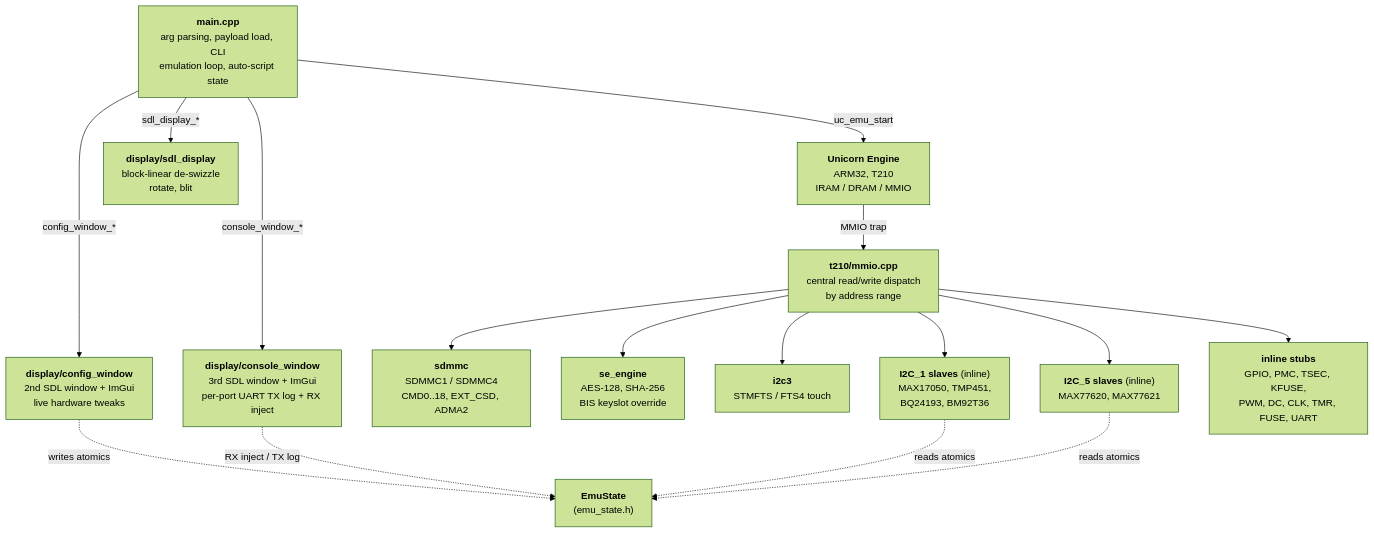
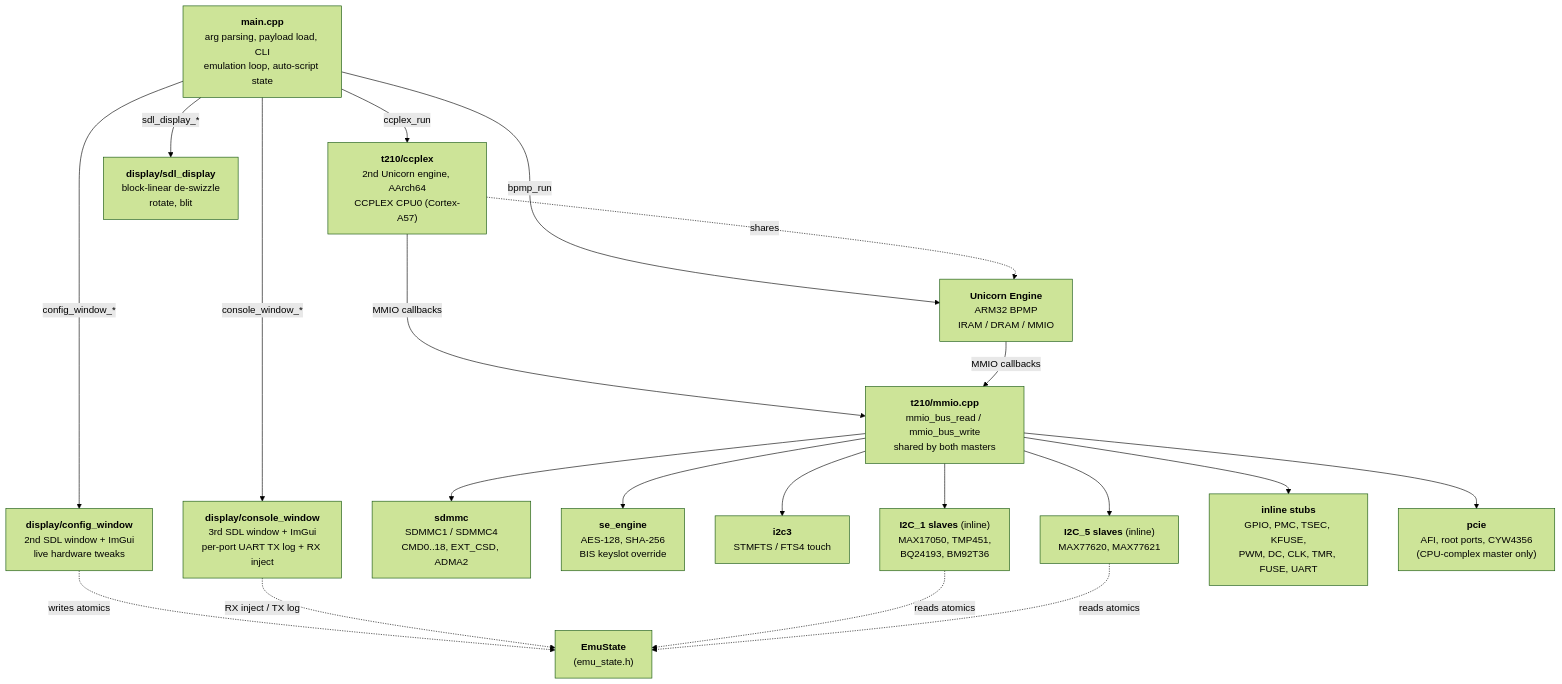
One commit to Creased/RCM-Emulator changed the diagram in DESIGN.md. Above: the diagram before and after it, drawn with Mermaid (forest theme). The commit also changed other lines of this file and 9 other files, not shown here.

First line of the commit message:
Test the CCPLEX model and the hwtest sweep in CI, and document both

````diff
--- a/DESIGN.md
+++ b/DESIGN.md
@@ -9,23 +9,27 @@
 ```mermaid
 flowchart TB
     main["<b>main.cpp</b><br/>arg parsing, payload load, CLI<br/>emulation loop, auto-script state"]
 
-    main -->|uc_emu_start| uc["<b>Unicorn Engine</b><br/>ARM32, T210<br/>IRAM / DRAM / MMIO"]
+    main -->|bpmp_run| uc["<b>Unicorn Engine</b><br/>ARM32 BPMP<br/>IRAM / DRAM / MMIO"]
+    main -->|ccplex_run| a57["<b>t210/ccplex</b><br/>2nd Unicorn engine, AArch64<br/>CCPLEX CPU0 (Cortex-A57)"]
+    a57 -->|MMIO callbacks| mmio
+    a57 -.->|shares| uc
     main -->|sdl_display_*| sdl["<b>display/sdl_display</b><br/>block-linear de-swizzle<br/>rotate, blit"]
     main -->|config_window_*| cfg["<b>display/config_window</b><br/>2nd SDL window + ImGui<br/>live hardware tweaks"]
     main -->|console_window_*| con["<b>display/console_window</b><br/>3rd SDL window + ImGui<br/>per-port UART TX log + RX inject"]
 
-    uc -->|MMIO trap| mmio["<b>t210/mmio.cpp</b><br/>central read/write dispatch<br/>by address range"]
+    uc -->|MMIO callbacks| mmio["<b>t210/mmio.cpp</b><br/>mmio_bus_read / mmio_bus_write<br/>shared by both masters"]
 
     mmio --> sdmmc["<b>sdmmc</b><br/>SDMMC1 / SDMMC4<br/>CMD0..18, EXT_CSD, ADMA2"]
     mmio --> se["<b>se_engine</b><br/>AES-128, SHA-256<br/>BIS keyslot override"]
     mmio --> i2c["<b>i2c3</b><br/>STMFTS / FTS4 touch"]
     mmio --> i2c1["<b>I2C_1 slaves</b> (inline)<br/>MAX17050, TMP451,<br/>BQ24193, BM92T36"]
     mmio --> i2c5["<b>I2C_5 slaves</b> (inline)<br/>MAX77620, MAX77621"]
     mmio --> stubs["<b>inline stubs</b><br/>GPIO, PMC, TSEC, KFUSE,<br/>PWM, DC, CLK, TMR, FUSE, UART"]
+    mmio --> pcie["<b>pcie</b><br/>AFI, root ports, CYW4356<br/>(CPU-complex master only)"]
 
     cfg -.->|writes atomics| state["<b>EmuState</b><br/>(emu_state.h)"]
     con -.->|RX inject / TX log| state
     i2c1 -.->|reads atomics| state
     i2c5 -.->|reads atomics| state
 ```
````
